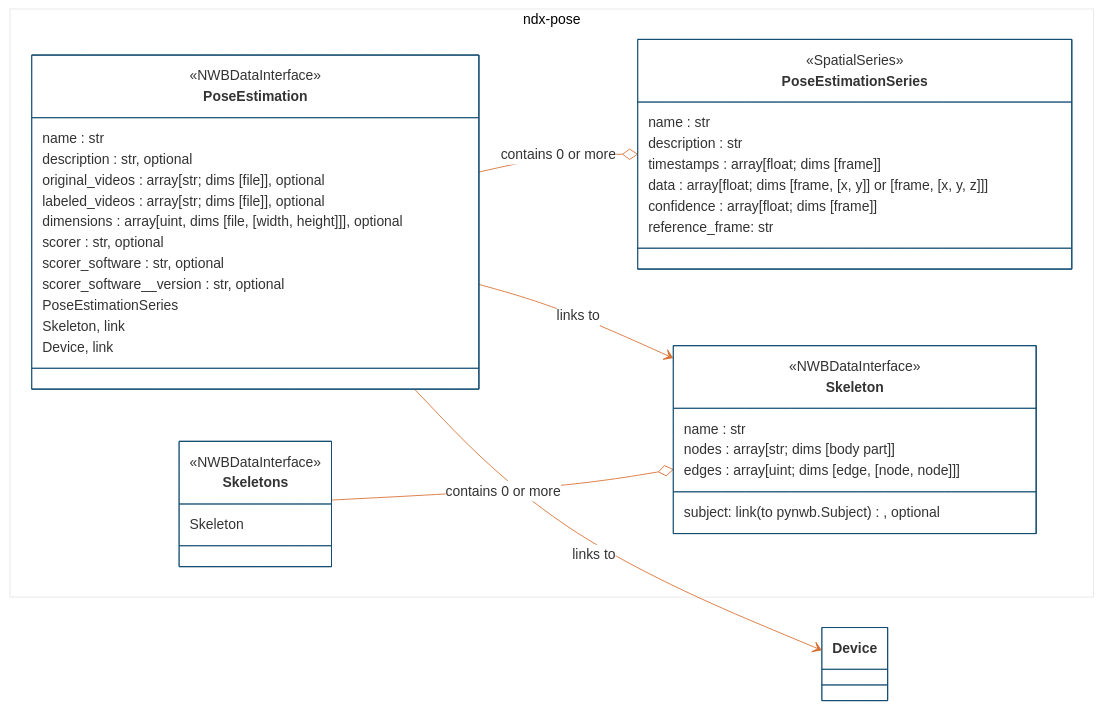
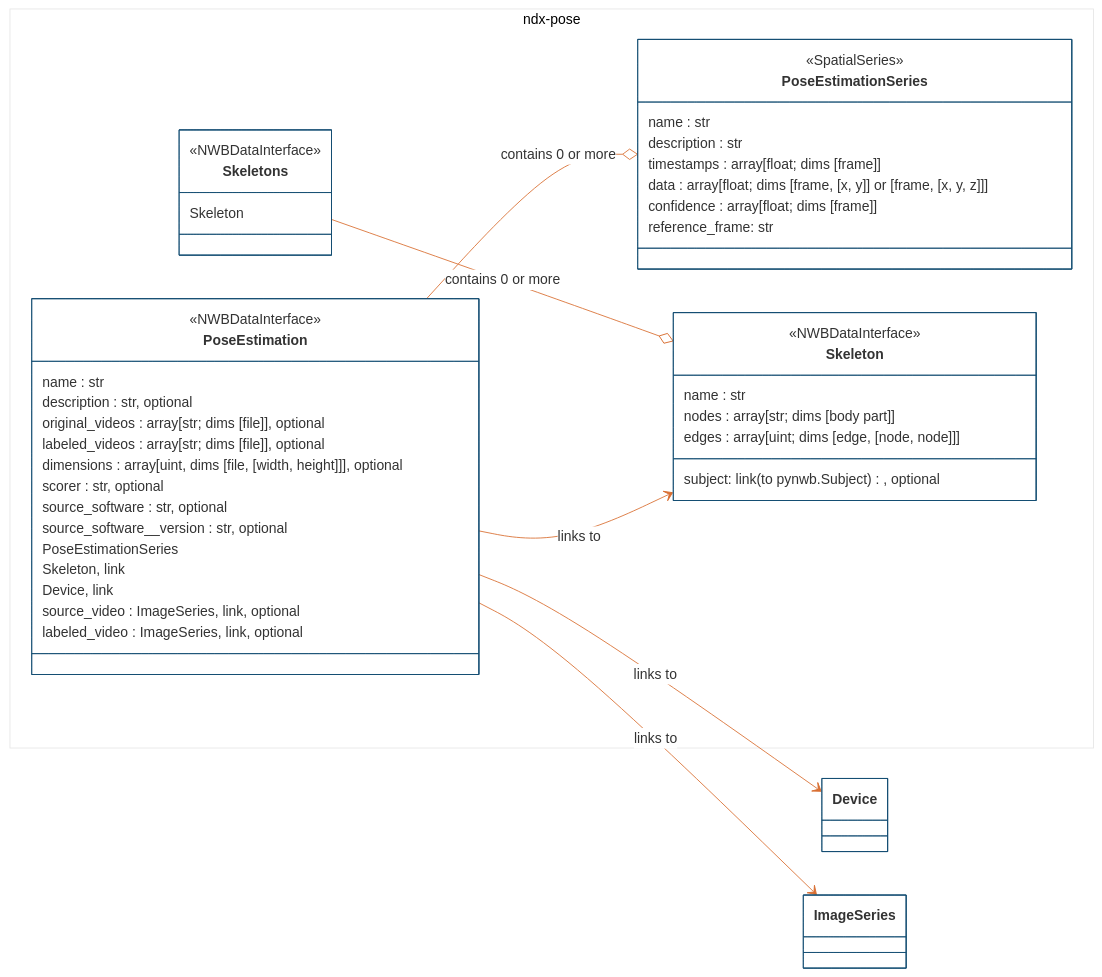
The first of 2 diagrams in README.md (rly/ndx-pose), drawn with Mermaid before and after one commit. The commit also changed other lines of this file and 9 other files, not shown here.

````diff
--- a/README.md
+++ b/README.md
@@ -89,53 +89,57 @@
 ```mermaid
 %%{init: {'theme': 'base', 'themeVariables': {'primaryColor': '#ffffff', "primaryBorderColor': '#144E73', 'lineColor': '#D96F32'}}}%%
 
 classDiagram
     direction LR
     namespace ndx-pose {
         class PoseEstimationSeries{
             <<SpatialSeries>>
             name : str
             description : str
             timestamps : array[float; dims [frame]]
             data : array[float; dims [frame, [x, y]] or [frame, [x, y, z]]]
             confidence : array[float; dims [frame]]
             reference_frame: str
         }
 
         class PoseEstimation {
             <<NWBDataInterface>>
             name : str
             description : str, optional
             original_videos : array[str; dims [file]], optional
             labeled_videos : array[str; dims [file]], optional
             dimensions : array[uint, dims [file, [width, height]]], optional
             scorer : str, optional
-            scorer_software : str, optional
-            scorer_software__version : str, optional
+            source_software : str, optional
+            source_software__version : str, optional
             PoseEstimationSeries
             Skeleton, link
             Device, link
+            source_video : ImageSeries, link, optional
+            labeled_video : ImageSeries, link, optional
         }
 
         class Skeletons {
             <<NWBDataInterface>>
             Skeleton
         }
 
         class Skeleton {
             <<NWBDataInterface>>
             name : str
             nodes : array[str; dims [body part]]
             edges : array[uint; dims [edge, [node, node]]]
             subject: link (to pynwb.Subject), optional
         }
 
     }
 
     class Device
+    class ImageSeries
 
     PoseEstimation --o PoseEstimationSeries : contains 0 or more
     PoseEstimation --> Skeleton : links to
     PoseEstimation --> Device : links to
+    PoseEstimation --> ImageSeries : links to
     Skeletons --o Skeleton : contains 0 or more
 ```
````
